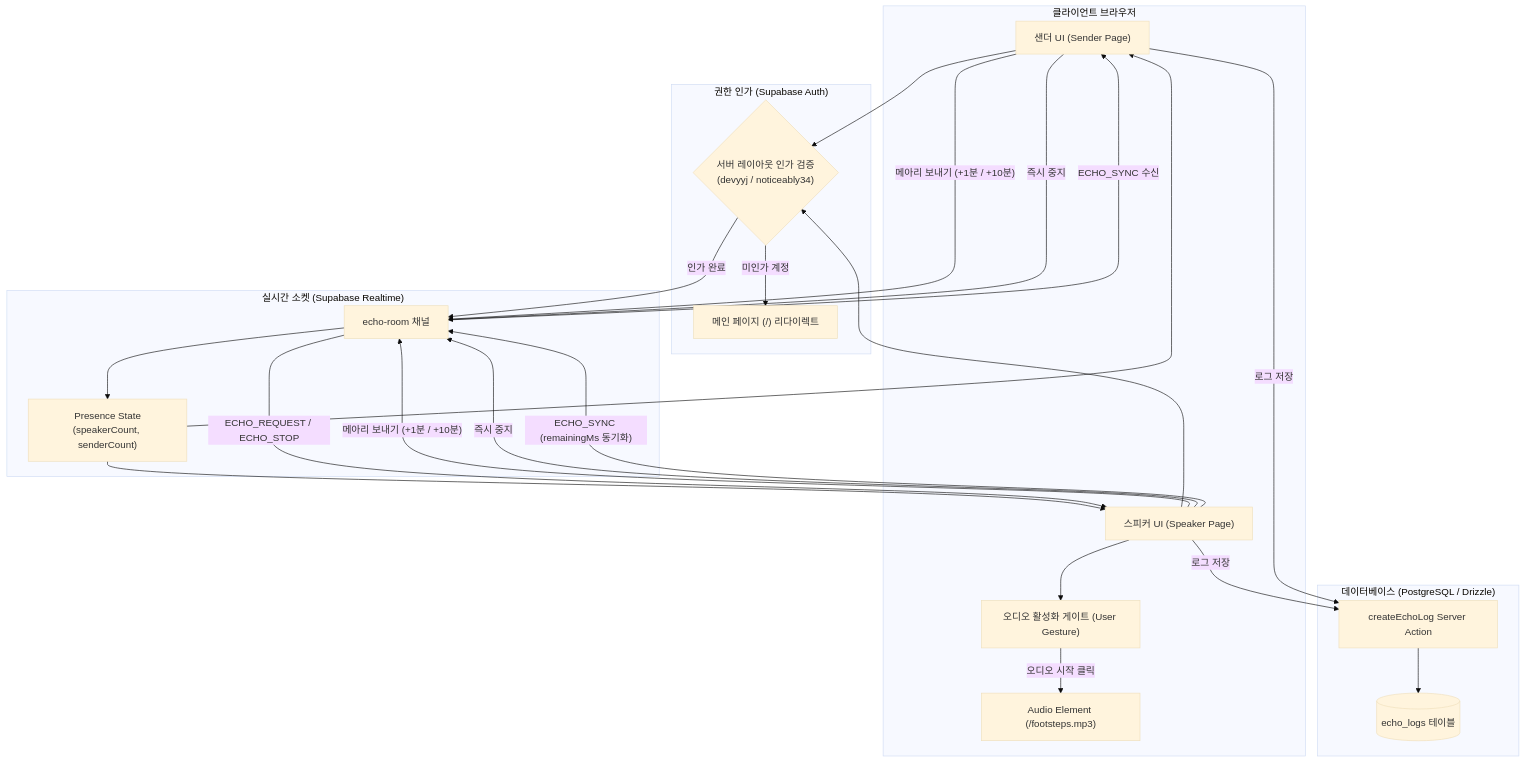
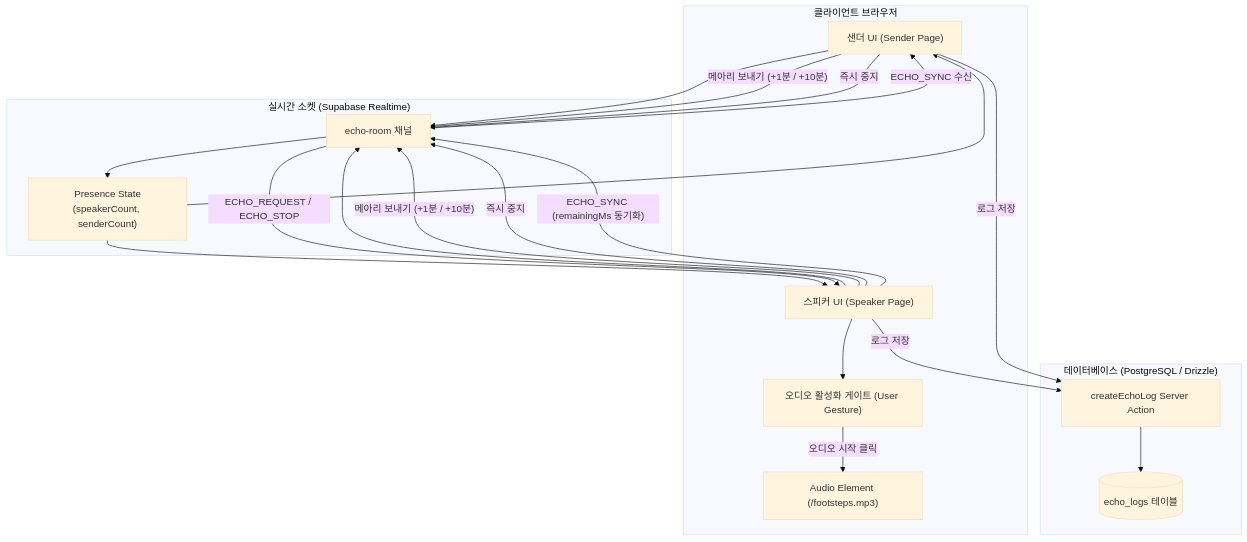
One commit to devyyj/joyopi changed the first of 2 diagrams in docs/02_메아리.md. Above: the diagram before and after it, drawn with Mermaid (base theme). The commit also changed other lines of this file and 59 other files, not shown here.

````diff
--- a/docs/02_메아리.md
+++ b/docs/02_메아리.md
@@ -53,49 +51,42 @@
 ```mermaid
 flowchart TD
     subgraph Client["클라이언트 브라우저"]
         SenderUI["샌더 UI (Sender Page)"]
         SpeakerUI["스피커 UI (Speaker Page)"]
         AudioGate["오디오 활성화 게이트 (User Gesture)"]
         AudioPlayer["Audio Element (/footsteps.mp3)"]
-    end
-
-    subgraph Auth["권한 인가 (Supabase Auth)"]
-        AuthCheck{"서버 레이아웃 인가 검증\n(devyyj / noticeably34)"}
-        RedirectHome["메인 페이지 (/) 리다이렉트"]
     end
 
     subgraph Socket["실시간 소켓 (Supabase Realtime)"]
         EchoRoom["echo-room 채널"]
         Presence["Presence State\n(speakerCount, senderCount)"]
     end
 
     subgraph Database["데이터베이스 (PostgreSQL / Drizzle)"]
         ServerAction["createEchoLog Server Action"]
         EchoLogsDB[("echo_logs 테이블")]
     end
 
-    SenderUI --> AuthCheck
-    SpeakerUI --> AuthCheck
-    AuthCheck -- "미인가 계정" --> RedirectHome
-    AuthCheck -- "인가 완료" --> EchoRoom
+    SenderUI --> EchoRoom
+    SpeakerUI --> EchoRoom
 
     EchoRoom --> Presence
     Presence --> SenderUI
     Presence --> SpeakerUI
 
     SpeakerUI --> AudioGate
     AudioGate -- "오디오 시작 클릭" --> AudioPlayer
 
     SenderUI -- "메아리 보내기 (+1분 / +10분)" --> EchoRoom
     SpeakerUI -- "메아리 보내기 (+1분 / +10분)" --> EchoRoom
     SenderUI -- "즉시 중지" --> EchoRoom
     SpeakerUI -- "즉시 중지" --> EchoRoom
 
     EchoRoom -- "ECHO_REQUEST / ECHO_STOP" --> SpeakerUI
     SpeakerUI -- "ECHO_SYNC (remainingMs 동기화)" --> EchoRoom
     EchoRoom -- "ECHO_SYNC 수신" --> SenderUI
 
     SpeakerUI -- "로그 저장" --> ServerAction
     SenderUI -- "로그 저장" --> ServerAction
     ServerAction --> EchoLogsDB
 ```
````
